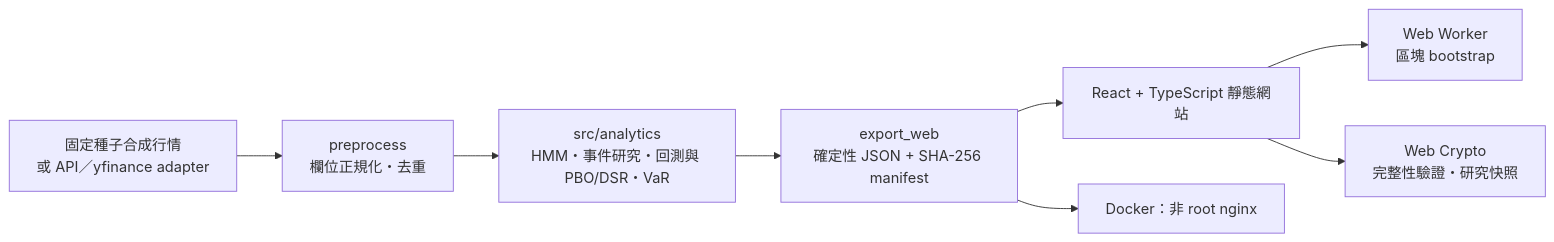
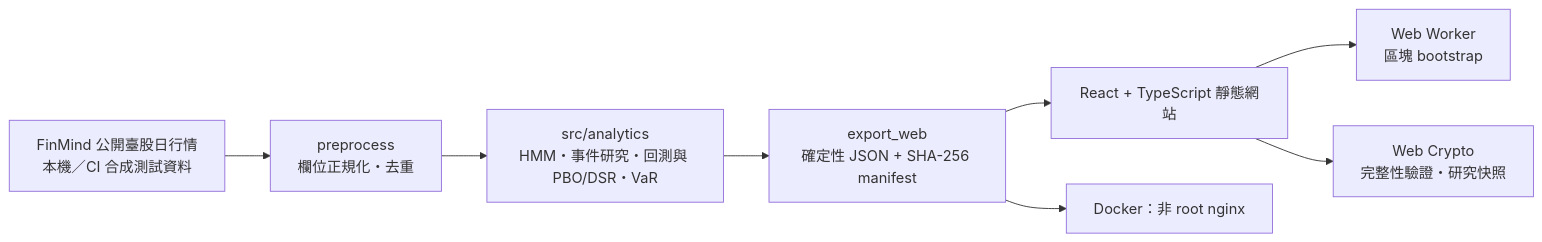
Before and after one commit to Lily09-project/market-anomaly-dashboard: the diagram in README.md, drawn with Mermaid. The commit also changed other lines of this file and 16 other files, not shown here.

First line of the commit message:
feat(market): publish verified FinMind price snapshots (#34)

````diff
--- a/README.md
+++ b/README.md
@@ -56,10 +56,10 @@
 ```mermaid
 flowchart LR
-  A[固定種子合成行情<br/>或 API／yfinance adapter] --> B[preprocess<br/>欄位正規化・去重]
+  A[FinMind 公開臺股日行情<br/>本機／CI 合成測試資料] --> B[preprocess<br/>欄位正規化・去重]
   B --> C[src/analytics<br/>HMM・事件研究・回測與 PBO/DSR・VaR]
   C --> D[export_web<br/>確定性 JSON + SHA-256 manifest]
   D --> E[React + TypeScript 靜態網站]
   E --> F[Web Worker<br/>區塊 bootstrap]
   E --> G[Web Crypto<br/>完整性驗證・研究快照]
   D --> H[Docker：非 root nginx]
 ```
````
